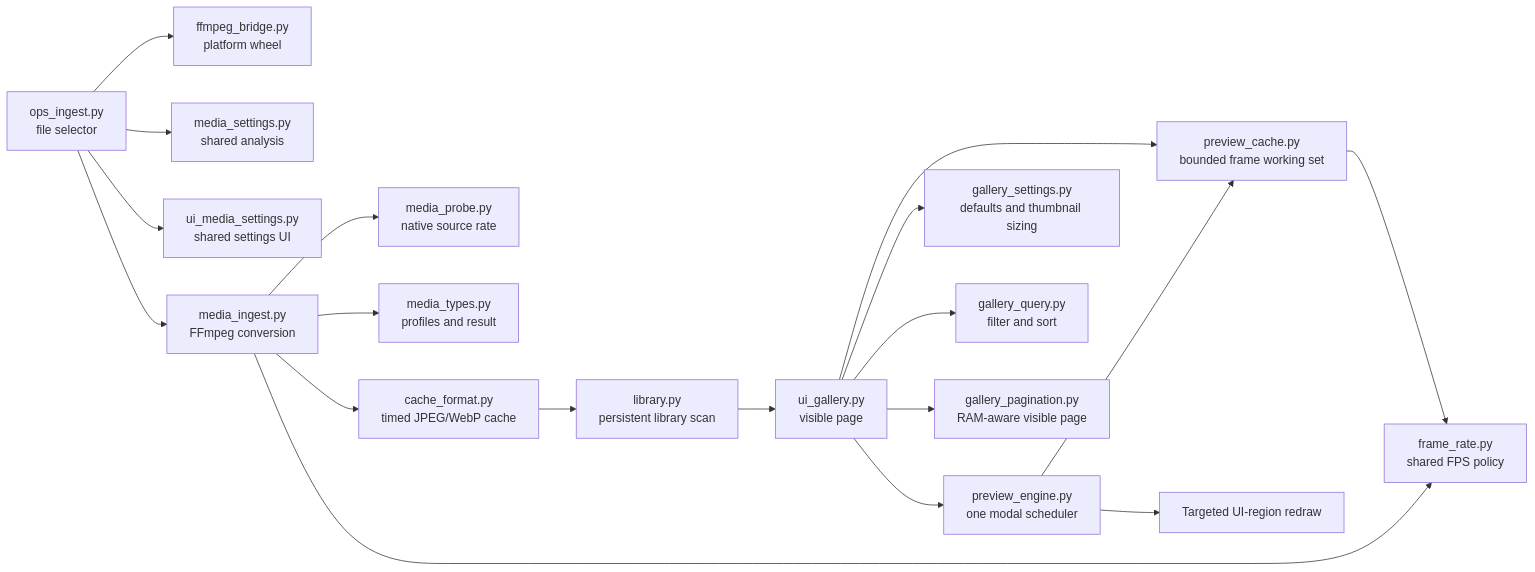
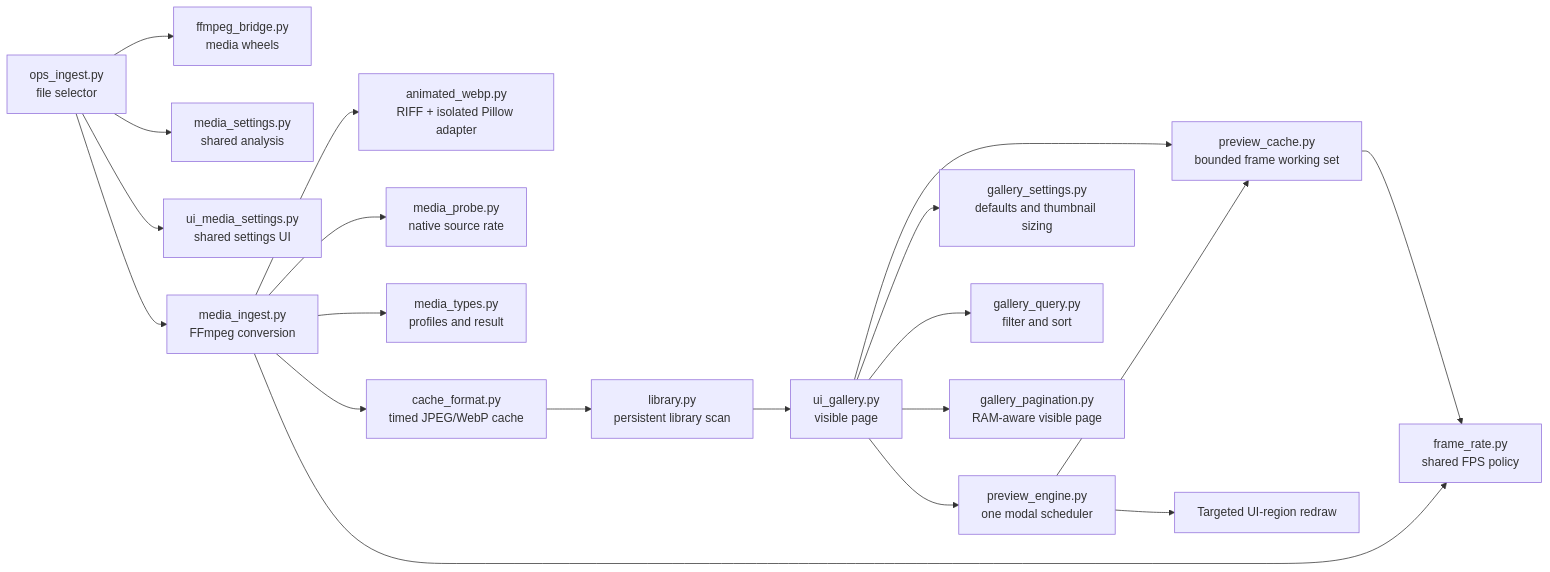
One commit to tdw46/blender-animated-ui changed the diagram in README.md. Above: the diagram before and after it, drawn with Mermaid. The commit also changed other lines of this file and 38 other files, not shown here.

Commit message:
Bundle animated media dependencies

````diff
--- a/README.md
+++ b/README.md
@@ -196,22 +213,23 @@
 ```mermaid
 flowchart LR
     UI["ui_gallery.py<br/>visible page"] --> PC["preview_cache.py<br/>bounded frame working set"]
     UI --> PE["preview_engine.py<br/>one modal scheduler"]
     PE --> PC
     PE --> R["Targeted UI-region redraw"]
     PC --> FPS["frame_rate.py<br/>shared FPS policy"]
     UI --> GS["gallery_settings.py<br/>defaults and thumbnail sizing"]
     UI --> GQ["gallery_query.py<br/>filter and sort"]
     UI --> GP["gallery_pagination.py<br/>RAM-aware visible page"]
 
-    OP["ops_ingest.py<br/>file selector"] --> FB["ffmpeg_bridge.py<br/>platform wheel"]
+    OP["ops_ingest.py<br/>file selector"] --> FB["ffmpeg_bridge.py<br/>media wheels"]
     OP --> MS["media_settings.py<br/>shared analysis"]
     OP --> UIS["ui_media_settings.py<br/>shared settings UI"]
     OP --> MI["media_ingest.py<br/>FFmpeg conversion"]
+    MI --> AW["animated_webp.py<br/>RIFF + isolated Pillow adapter"]
     MI --> MP["media_probe.py<br/>native source rate"]
     MI --> MT["media_types.py<br/>profiles and result"]
     MI --> FPS
     MI --> CF["cache_format.py<br/>timed JPEG/WebP cache"]
     CF --> LIB["library.py<br/>persistent library scan"]
     LIB --> UI
 ```
````
